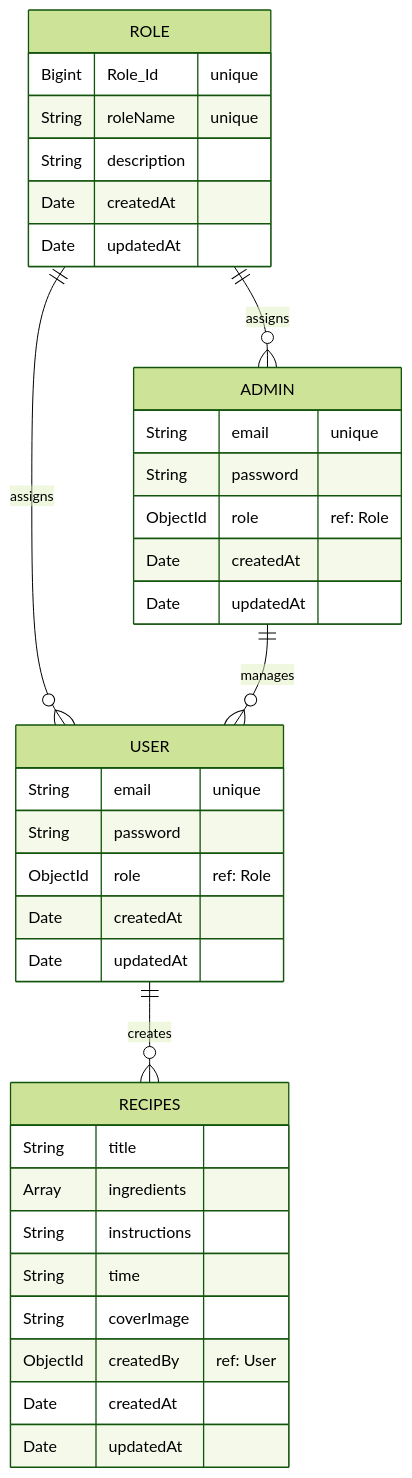
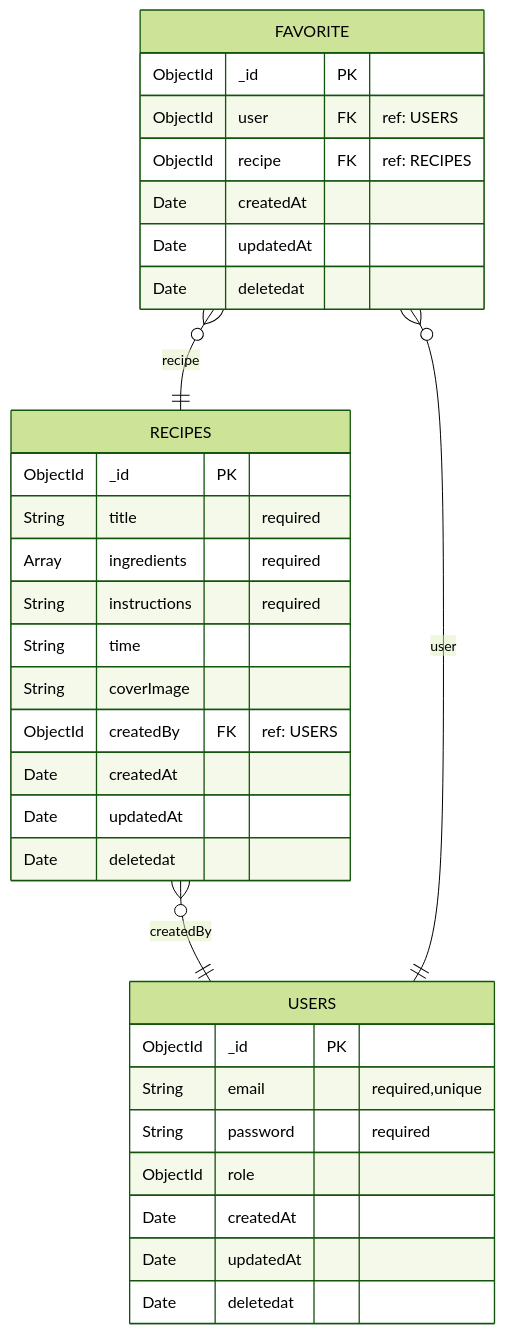
One commit to cia-GKMIT/Functional-Document-FoodRecipeWebApp changed the diagram in docs/database_schema.md. Above: the diagram before and after it, drawn with Mermaid (forest theme). The commit also changed 1 other file, not shown here.

Commit message:
Updated diagrams and schema documentation

````diff
--- a/docs/database_schema.md
+++ b/docs/database_schema.md
@@ -53,44 +53,42 @@
 ```mermaid
 erDiagram
  
-    ROLE {
-        Bigint Role_Id "unique"
-        String roleName "unique"
-        String description
+
+    FAVORITE {
+        ObjectId _id PK 
+        ObjectId user FK "ref: USERS"
+        ObjectId recipe FK "ref: RECIPES"
         Date createdAt
         Date updatedAt
+        Date deletedat
     }
 
-    ADMIN {
-        String email "unique"
-        String password
-        ObjectId role "ref: Role"
+    USERS {
+        ObjectId _id PK 
+        String email "required,unique"
+        String password "required"
+        ObjectId role 
         Date createdAt
         Date updatedAt
-    }
-
-    USER {
-        String email "unique"
-        String password
-        ObjectId role "ref: Role"
-        Date createdAt
-        Date updatedAt
+        Date deletedat
     }
 
     RECIPES {
-        String title
-        Array ingredients
-        String instructions
+        ObjectId _id PK 
+        String title "required"
+        Array ingredients "required"
+        String instructions "required"
         String time
         String coverImage
-        ObjectId createdBy "ref: User"
+        ObjectId createdBy FK "ref: USERS"
         Date createdAt
         Date updatedAt
+        Date deletedat
     }
 
-    ROLE ||--o{ ADMIN : assigns
-    ROLE ||--o{ USER : assigns
-    ADMIN ||--o{ USER : manages
-    USER ||--o{ RECIPES : creates
+    RECIPES }o--|| USERS : "createdBy"
+    FAVORITE }o--|| USERS : "user"
+    FAVORITE }o--|| RECIPES : "recipe"
+
 
 ```
````
